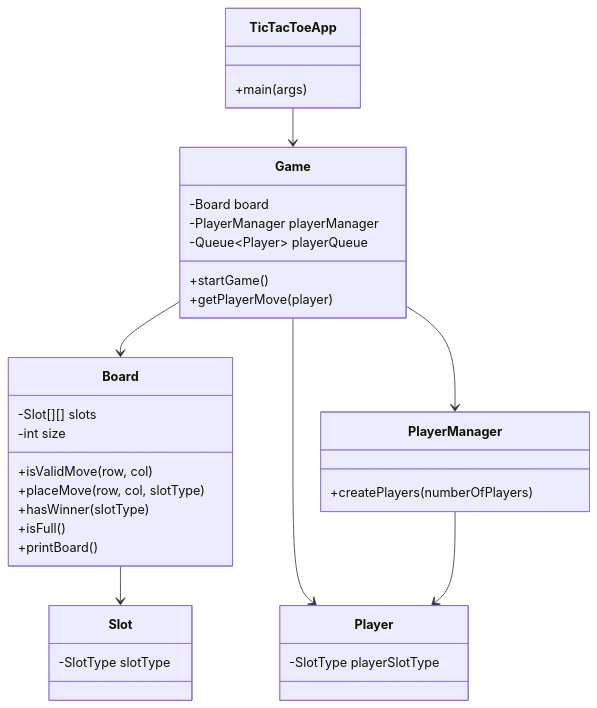
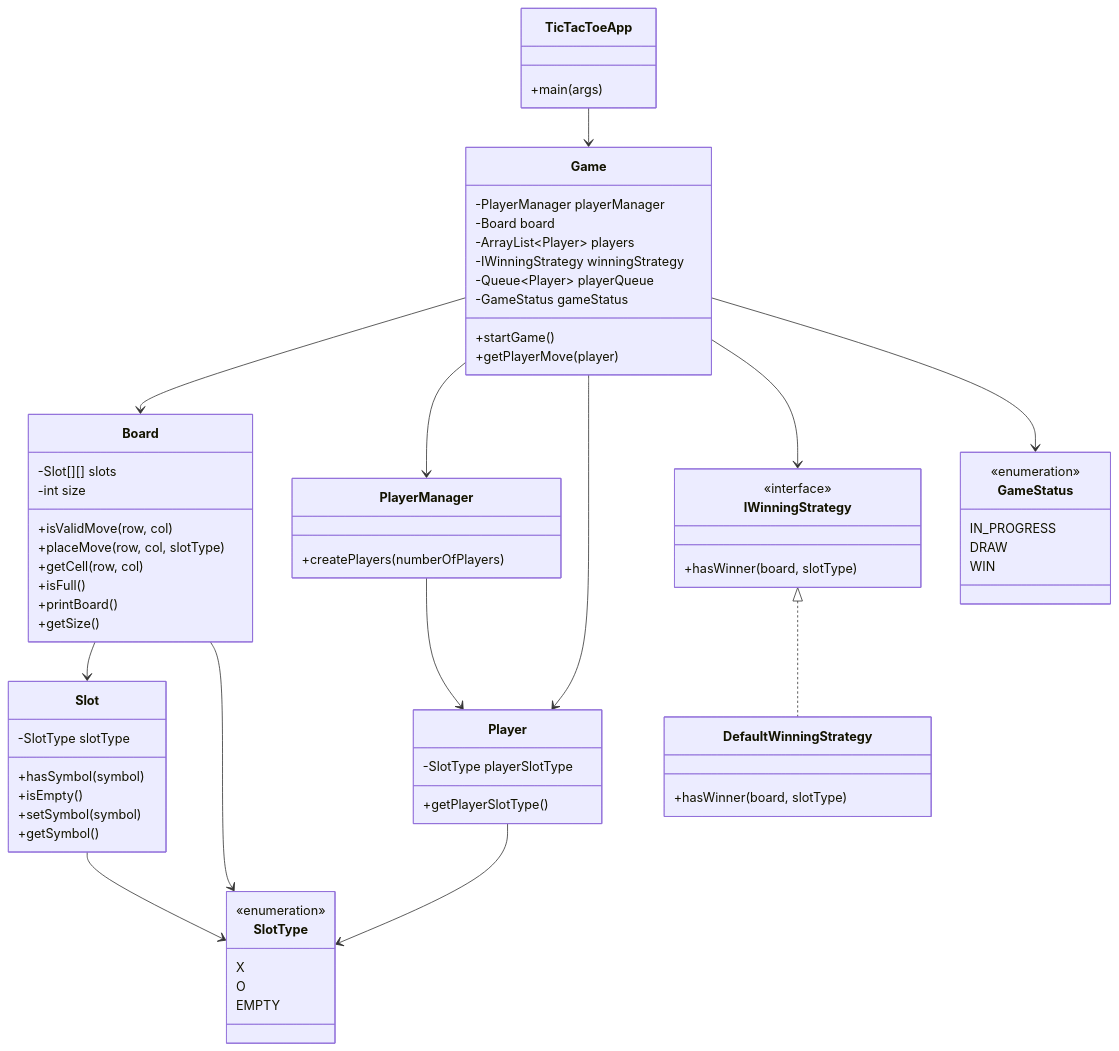
The first of 2 diagrams in TicTacToe/docs/architecture.md (mcaupybugs/LLDQuestions), drawn with Mermaid before and after one commit. The commit also changed other lines of this file and 9 other files, not shown here.

````diff
--- a/TicTacToe/docs/architecture.md
+++ b/TicTacToe/docs/architecture.md
@@ -3,43 +3,81 @@
 ```mermaid
 classDiagram
 	class TicTacToeApp {
 		+main(args)
 	}
 
+	class GameStatus {
+		<<enumeration>>
+		IN_PROGRESS
+		DRAW
+		WIN
+	}
+
 	class Game {
+		-PlayerManager playerManager
 		-Board board
-		-PlayerManager playerManager
+		-ArrayList~Player~ players
+		-IWinningStrategy winningStrategy
 		-Queue~Player~ playerQueue
+		-GameStatus gameStatus
 		+startGame()
 		+getPlayerMove(player)
 	}
 
 	class Board {
 		-Slot[][] slots
 		-int size
 		+isValidMove(row, col)
 		+placeMove(row, col, slotType)
-		+hasWinner(slotType)
+		+getCell(row, col)
 		+isFull()
 		+printBoard()
+		+getSize()
 	}
 
 	class Player {
 		-SlotType playerSlotType
+		+getPlayerSlotType()
 	}
 
 	class PlayerManager {
 		+createPlayers(numberOfPlayers)
 	}
 
+	class IWinningStrategy {
+		<<interface>>
+		+hasWinner(board, slotType)
+	}
+
+	class DefaultWinningStrategy {
+		+hasWinner(board, slotType)
+	}
+
+	class SlotType {
+		<<enumeration>>
+		X
+		O
+		EMPTY
+	}
+
 	class Slot {
 		-SlotType slotType
+		+hasSymbol(symbol)
+		+isEmpty()
+		+setSymbol(symbol)
+		+getSymbol()
 	}
 
 	TicTacToeApp --> Game
 	Game --> Board
 	Game --> PlayerManager
 	Game --> Player
+	Game --> IWinningStrategy
+	Game --> GameStatus
 	PlayerManager --> Player
+	IWinningStrategy <|.. DefaultWinningStrategy
 	Board --> Slot
+	Board --> SlotType
+	Player --> SlotType
+	Slot --> SlotType
 ```
````
